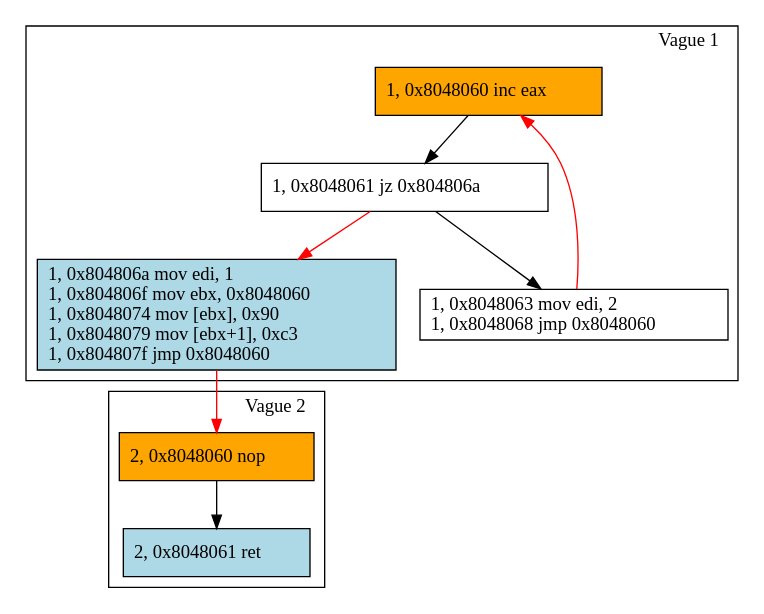
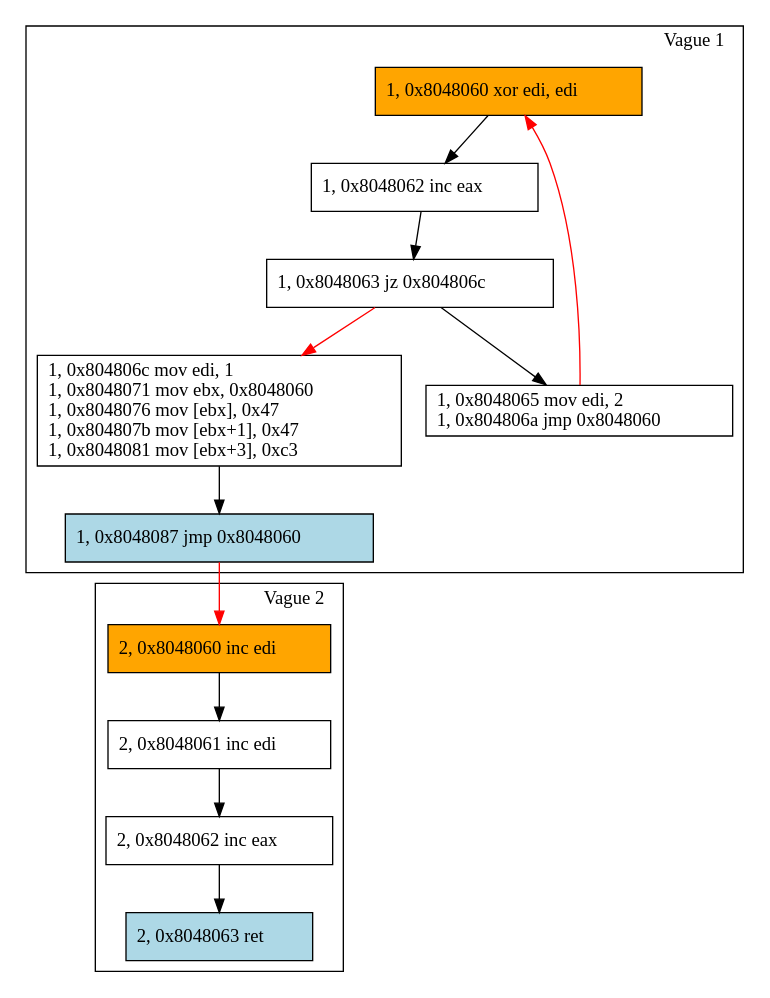
The diagram in supports/disas_sm/ex2_vagues.dot (yaps8/these), drawn with Graphviz before and after one commit. The commit also changed 6 other files, not shown here.

```diff
--- a/supports/disas_sm/ex2_vagues.dot
+++ b/supports/disas_sm/ex2_vagues.dot
@@ -1,27 +1,40 @@
 digraph G {
 labeljust=r
-"60v1" [labeljust=r,label="1, 0x8048060 inc eax\l", shape=box, style="filled", fillcolor=orange]
-"60v2" [labeljust=r,label="2, 0x8048060 nop\l", shape=box, style="filled", fillcolor=orange]
-"61a" [labeljust=r,label="1, 0x8048061 jz 0x804806a\l", shape=box, style="filled", fillcolor=white]
-"61b" [labeljust=r,label="2, 0x8048061 ret\l", shape=box, style="filled", fillcolor=lightblue]
-"63" [labeljust=r,label="1, 0x8048063 mov edi, 2\l1, 0x8048068 jmp 0x8048060\l", shape=box, style="filled", fillcolor=white]
-"6a" [labeljust=r,label="1, 0x804806a mov edi, 1 \l1, 0x804806f mov ebx, 0x8048060 \l1, 0x8048074 mov [ebx], 0x90 \l1, 0x8048079 mov [ebx+1], 0xc3 \l1, 0x804807f jmp 0x8048060\l", shape=box, style="filled", fillcolor=lightblue]
-"60v1" -> "61a" [color=black]
-"61a" -> "6a" [color=red]
-"61a" -> "63" [color=black]
-"63" -> "60v1" [color=red]
-"6a" -> "60v2" [color=red]
-"60v2" -> "61b" [color=black]
+"60v1" [labeljust=r,label="1, 0x8048060 xor edi, edi\l", shape=box, style="filled", fillcolor=orange]
+"60v2" [labeljust=r,label="2, 0x8048060 inc edi\l", shape=box, style="filled", fillcolor=orange]
+"61v2" [labeljust=r,label="2, 0x8048061 inc edi\l", shape=box, style="filled", fillcolor=white]
+"62v1" [labeljust=r,label="1, 0x8048062 inc eax\l", shape=box, style="filled", fillcolor=white]
+"62v2" [labeljust=r,label="2, 0x8048062 inc eax\l", shape=box, style="filled", fillcolor=white]
+"63v1" [labeljust=r,label="1, 0x8048063 jz 0x804806c\l", shape=box, style="filled", fillcolor=white]
+"63v2" [labeljust=r,label="2, 0x8048063 ret\l", shape=box, style="filled", fillcolor=lightblue]
+"65" [labeljust=r,label="1, 0x8048065 mov edi, 2\l1, 0x804806a jmp 0x8048060\l", shape=box, style="filled", fillcolor=white]
+"6c" [labeljust=r,label="1, 0x804806c mov edi, 1 \l1, 0x8048071 mov ebx, 0x8048060 \l1, 0x8048076 mov [ebx], 0x47 \l1, 0x804807b mov [ebx+1], 0x47 \l1, 0x8048081 mov [ebx+3], 0xc3\l", shape=box, style="filled", fillcolor=white]
+"87" [labeljust=r,label="1, 0x8048087 jmp 0x8048060\l", shape=box, style="filled", fillcolor=lightblue]
+"60v1" -> "62v1" [color=black]
+"62v1" -> "63v1" [color=black]
+"63v1" -> "65" [color=black]
+"63v1" -> "6c" [color=red]
+"65" -> "60v1" [color=red]
+"6c" -> "87" [color=black]
+"87" -> "60v2" [color=red]
+"60v2" -> "61v2" [color=black]
+"61v2" -> "62v2" [color=black]
+"62v2" -> "63v2" [color=black]
+
 subgraph clusterv1{
 label="Vague 1"
 "60v1"
-"61a"
-"63" 
-"6a" 
+"62v1"
+"63v1"
+"65" 
+"6c" 
+"87"
 }
 subgraph clusterv2{
 label="Vague 2"
 "60v2"
-"61b"
+"61v2"
+"62v2"
+"63v2"
 }
 }
```
